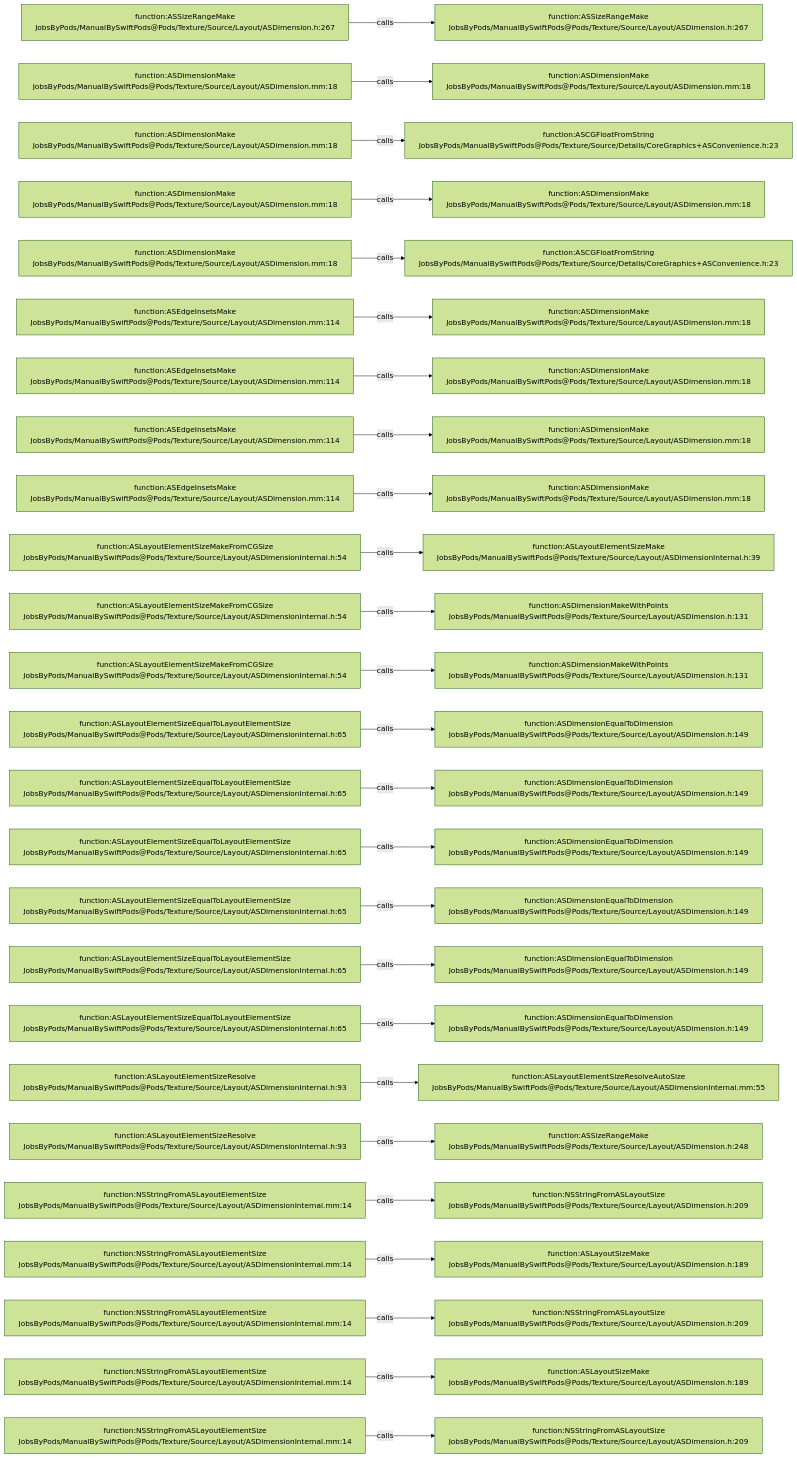
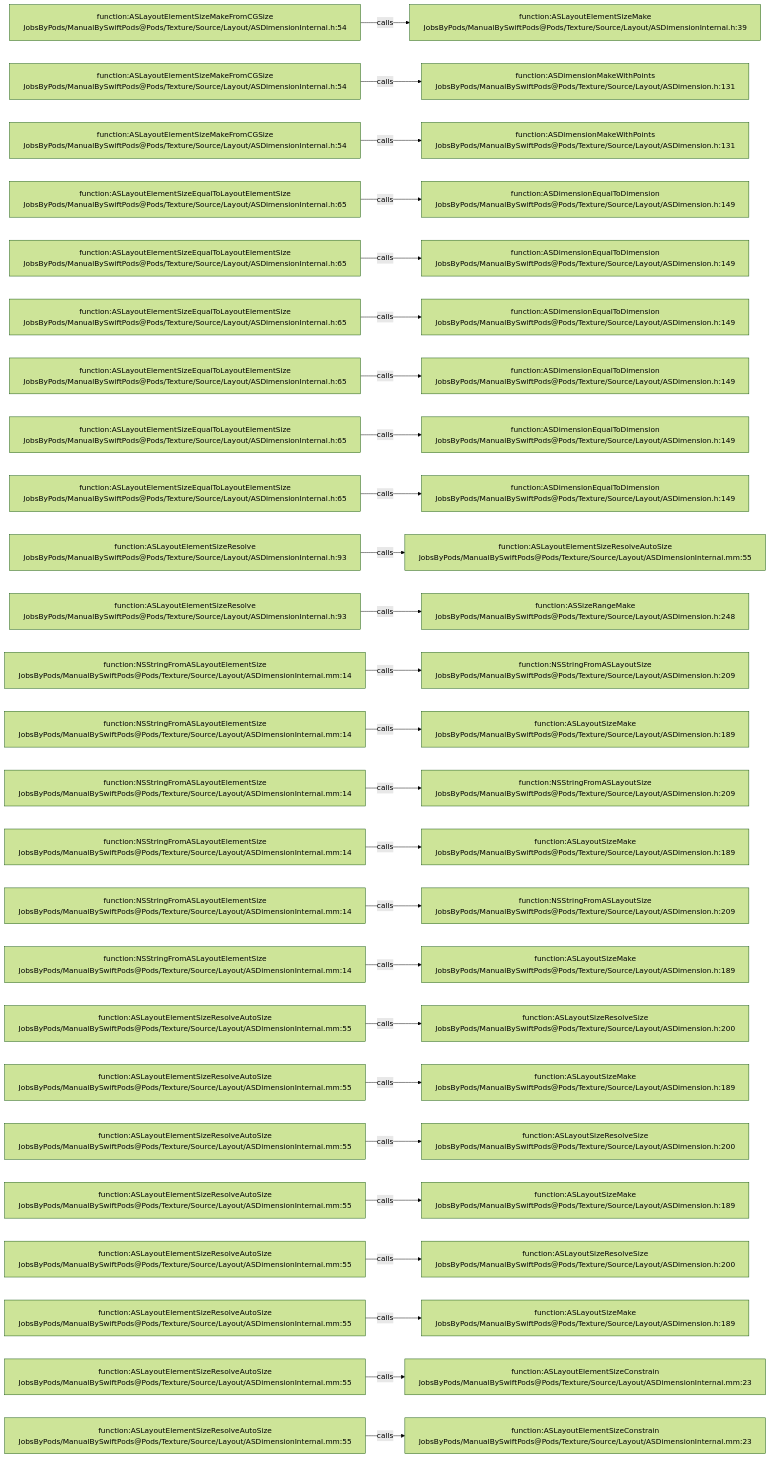
One commit to JobsKits/JobsSwiftBaseConfigDemo changed the diagram in .codegraph/codegraph.md/graphs/calls-107.md. Above: the diagram before and after it, drawn with Mermaid (forest theme). The commit also changed 707 other files, not shown here.

````diff
--- a/.codegraph/codegraph.md/graphs/calls-107.md
+++ b/.codegraph/codegraph.md/graphs/calls-107.md
@@ -13,78 +13,78 @@
 ```mermaid
 flowchart LR
-  S1["function:ASSizeRangeMake<br/>JobsByPods/ManualBySwiftPods@Pods/Texture/Source/Layout/ASDimension.h:267"]
-  T1["function:ASSizeRangeMake<br/>JobsByPods/ManualBySwiftPods@Pods/Texture/Source/Layout/ASDimension.h:267"]
+  S1["function:ASLayoutElementSizeMakeFromCGSize<br/>JobsByPods/ManualBySwiftPods@Pods/Texture/Source/Layout/ASDimensionInternal.h:54"]
+  T1["function:ASLayoutElementSizeMake<br/>JobsByPods/ManualBySwiftPods@Pods/Texture/Source/Layout/ASDimensionInternal.h:39"]
   S1 -->|calls| T1
-  S2["function:ASDimensionMake<br/>JobsByPods/ManualBySwiftPods@Pods/Texture/Source/Layout/ASDimension.mm:18"]
-  T2["function:ASDimensionMake<br/>JobsByPods/ManualBySwiftPods@Pods/Texture/Source/Layout/ASDimension.mm:18"]
+  S2["function:ASLayoutElementSizeMakeFromCGSize<br/>JobsByPods/ManualBySwiftPods@Pods/Texture/Source/Layout/ASDimensionInternal.h:54"]
+  T2["function:ASDimensionMakeWithPoints<br/>JobsByPods/ManualBySwiftPods@Pods/Texture/Source/Layout/ASDimension.h:131"]
   S2 -->|calls| T2
-  S3["function:ASDimensionMake<br/>JobsByPods/ManualBySwiftPods@Pods/Texture/Source/Layout/ASDimension.mm:18"]
-  T3["function:ASCGFloatFromString<br/>JobsByPods/ManualBySwiftPods@Pods/Texture/Source/Details/CoreGraphics+ASConvenience.h:23"]
+  S3["function:ASLayoutElementSizeMakeFromCGSize<br/>JobsByPods/ManualBySwiftPods@Pods/Texture/Source/Layout/ASDimensionInternal.h:54"]
+  T3["function:ASDimensionMakeWithPoints<br/>JobsByPods/ManualBySwiftPods@Pods/Texture/Source/Layout/ASDimension.h:131"]
   S3 -->|calls| T3
-  S4["function:ASDimensionMake<br/>JobsByPods/ManualBySwiftPods@Pods/Texture/Source/Layout/ASDimension.mm:18"]
-  T4["function:ASDimensionMake<br/>JobsByPods/ManualBySwiftPods@Pods/Texture/Source/Layout/ASDimension.mm:18"]
+  S4["function:ASLayoutElementSizeEqualToLayoutElementSize<br/>JobsByPods/ManualBySwiftPods@Pods/Texture/Source/Layout/ASDimensionInternal.h:65"]
+  T4["function:ASDimensionEqualToDimension<br/>JobsByPods/ManualBySwiftPods@Pods/Texture/Source/Layout/ASDimension.h:149"]
   S4 -->|calls| T4
-  S5["function:ASDimensionMake<br/>JobsByPods/ManualBySwiftPods@Pods/Texture/Source/Layout/ASDimension.mm:18"]
-  T5["function:ASCGFloatFromString<br/>JobsByPods/ManualBySwiftPods@Pods/Texture/Source/Details/CoreGraphics+ASConvenience.h:23"]
+  S5["function:ASLayoutElementSizeEqualToLayoutElementSize<br/>JobsByPods/ManualBySwiftPods@Pods/Texture/Source/Layout/ASDimensionInternal.h:65"]
+  T5["function:ASDimensionEqualToDimension<br/>JobsByPods/ManualBySwiftPods@Pods/Texture/Source/Layout/ASDimension.h:149"]
   S5 -->|calls| T5
-  S6["function:ASEdgeInsetsMake<br/>JobsByPods/ManualBySwiftPods@Pods/Texture/Source/Layout/ASDimension.mm:114"]
-  T6["function:ASDimensionMake<br/>JobsByPods/ManualBySwiftPods@Pods/Texture/Source/Layout/ASDimension.mm:18"]
+  S6["function:ASLayoutElementSizeEqualToLayoutElementSize<br/>JobsByPods/ManualBySwiftPods@Pods/Texture/Source/Layout/ASDimensionInternal.h:65"]
+  T6["function:ASDimensionEqualToDimension<br/>JobsByPods/ManualBySwiftPods@Pods/Texture/Source/Layout/ASDimension.h:149"]
   S6 -->|calls| T6
-  S7["function:ASEdgeInsetsMake<br/>JobsByPods/ManualBySwiftPods@Pods/Texture/Source/Layout/ASDimension.mm:114"]
-  T7["function:ASDimensionMake<br/>JobsByPods/ManualBySwiftPods@Pods/Texture/Source/Layout/ASDimension.mm:18"]
+  S7["function:ASLayoutElementSizeEqualToLayoutElementSize<br/>JobsByPods/ManualBySwiftPods@Pods/Texture/Source/Layout/ASDimensionInternal.h:65"]
+  T7["function:ASDimensionEqualToDimension<br/>JobsByPods/ManualBySwiftPods@Pods/Texture/Source/Layout/ASDimension.h:149"]
   S7 -->|calls| T7
-  S8["function:ASEdgeInsetsMake<br/>JobsByPods/ManualBySwiftPods@Pods/Texture/Source/Layout/ASDimension.mm:114"]
-  T8["function:ASDimensionMake<br/>JobsByPods/ManualBySwiftPods@Pods/Texture/Source/Layout/ASDimension.mm:18"]
+  S8["function:ASLayoutElementSizeEqualToLayoutElementSize<br/>JobsByPods/ManualBySwiftPods@Pods/Texture/Source/Layout/ASDimensionInternal.h:65"]
+  T8["function:ASDimensionEqualToDimension<br/>JobsByPods/ManualBySwiftPods@Pods/Texture/Source/Layout/ASDimension.h:149"]
   S8 -->|calls| T8
-  S9["function:ASEdgeInsetsMake<br/>JobsByPods/ManualBySwiftPods@Pods/Texture/Source/Layout/ASDimension.mm:114"]
-  T9["function:ASDimensionMake<br/>JobsByPods/ManualBySwiftPods@Pods/Texture/Source/Layout/ASDimension.mm:18"]
+  S9["function:ASLayoutElementSizeEqualToLayoutElementSize<br/>JobsByPods/ManualBySwiftPods@Pods/Texture/Source/Layout/ASDimensionInternal.h:65"]
+  T9["function:ASDimensionEqualToDimension<br/>JobsByPods/ManualBySwiftPods@Pods/Texture/Source/Layout/ASDimension.h:149"]
   S9 -->|calls| T9
-  S10["function:ASLayoutElementSizeMakeFromCGSize<br/>JobsByPods/ManualBySwiftPods@Pods/Texture/Source/Layout/ASDimensionInternal.h:54"]
-  T10["function:ASLayoutElementSizeMake<br/>JobsByPods/ManualBySwiftPods@Pods/Texture/Source/Layout/ASDimensionInternal.h:39"]
+  S10["function:ASLayoutElementSizeResolve<br/>JobsByPods/ManualBySwiftPods@Pods/Texture/Source/Layout/ASDimensionInternal.h:93"]
+  T10["function:ASLayoutElementSizeResolveAutoSize<br/>JobsByPods/ManualBySwiftPods@Pods/Texture/Source/Layout/ASDimensionInternal.mm:55"]
   S10 -->|calls| T10
-  S11["function:ASLayoutElementSizeMakeFromCGSize<br/>JobsByPods/ManualBySwiftPods@Pods/Texture/Source/Layout/ASDimensionInternal.h:54"]
-  T11["function:ASDimensionMakeWithPoints<br/>JobsByPods/ManualBySwiftPods@Pods/Texture/Source/Layout/ASDimension.h:131"]
+  S11["function:ASLayoutElementSizeResolve<br/>JobsByPods/ManualBySwiftPods@Pods/Texture/Source/Layout/ASDimensionInternal.h:93"]
+  T11["function:ASSizeRangeMake<br/>JobsByPods/ManualBySwiftPods@Pods/Texture/Source/Layout/ASDimension.h:248"]
   S11 -->|calls| T11
-  S12["function:ASLayoutElementSizeMakeFromCGSize<br/>JobsByPods/ManualBySwiftPods@Pods/Texture/Source/Layout/ASDimensionInternal.h:54"]
-  T12["function:ASDimensionMakeWithPoints<br/>JobsByPods/ManualBySwiftPods@Pods/Texture/Source/Layout/ASDimension.h:131"]
+  S12["function:NSStringFromASLayoutElementSize<br/>JobsByPods/ManualBySwiftPods@Pods/Texture/Source/Layout/ASDimensionInternal.mm:14"]
+  T12["function:NSStringFromASLayoutSize<br/>JobsByPods/ManualBySwiftPods@Pods/Texture/Source/Layout/ASDimension.h:209"]
   S12 -->|calls| T12
-  S13["function:ASLayoutElementSizeEqualToLayoutElementSize<br/>JobsByPods/ManualBySwiftPods@Pods/Texture/Source/Layout/ASDimensionInternal.h:65"]
-  T13["function:ASDimensionEqualToDimension<br/>JobsByPods/ManualBySwiftPods@Pods/Texture/Source/Layout/ASDimension.h:149"]
+  S13["function:NSStringFromASLayoutElementSize<br/>JobsByPods/ManualBySwiftPods@Pods/Texture/Source/Layout/ASDimensionInternal.mm:14"]
+  T13["function:ASLayoutSizeMake<br/>JobsByPods/ManualBySwiftPods@Pods/Texture/Source/Layout/ASDimension.h:189"]
   S13 -->|calls| T13
-  S14["function:ASLayoutElementSizeEqualToLayoutElementSize<br/>JobsByPods/ManualBySwiftPods@Pods/Texture/Source/Layout/ASDimensionInternal.h:65"]
-  T14["function:ASDimensionEqualToDimension<br/>JobsByPods/ManualBySwiftPods@Pods/Texture/Source/Layout/ASDimension.h:149"]
+  S14["function:NSStringFromASLayoutElementSize<br/>JobsByPods/ManualBySwiftPods@Pods/Texture/Source/Layout/ASDimensionInternal.mm:14"]
+  T14["function:NSStringFromASLayoutSize<br/>JobsByPods/ManualBySwiftPods@Pods/Texture/Source/Layout/ASDimension.h:209"]
   S14 -->|calls| T14
-  S15["function:ASLayoutElementSizeEqualToLayoutElementSize<br/>JobsByPods/ManualBySwiftPods@Pods/Texture/Source/Layout/ASDimensionInternal.h:65"]
-  T15["function:ASDimensionEqualToDimension<br/>JobsByPods/ManualBySwiftPods@Pods/Texture/Source/Layout/ASDimension.h:149"]
+  S15["function:NSStringFromASLayoutElementSize<br/>JobsByPods/ManualBySwiftPods@Pods/Texture/Source/Layout/ASDimensionInternal.mm:14"]
+  T15["function:ASLayoutSizeMake<br/>JobsByPods/ManualBySwiftPods@Pods/Texture/Source/Layout/ASDimension.h:189"]
   S15 -->|calls| T15
-  S16["function:ASLayoutElementSizeEqualToLayoutElementSize<br/>JobsByPods/ManualBySwiftPods@Pods/Texture/Source/Layout/ASDimensionInternal.h:65"]
-  T16["function:ASDimensionEqualToDimension<br/>JobsByPods/ManualBySwiftPods@Pods/Texture/Source/Layout/ASDimension.h:149"]
+  S16["function:NSStringFromASLayoutElementSize<br/>JobsByPods/ManualBySwiftPods@Pods/Texture/Source/Layout/ASDimensionInternal.mm:14"]
+  T16["function:NSStringFromASLayoutSize<br/>JobsByPods/ManualBySwiftPods@Pods/Texture/Source/Layout/ASDimension.h:209"]
   S16 -->|calls| T16
-  S17["function:ASLayoutElementSizeEqualToLayoutElementSize<br/>JobsByPods/ManualBySwiftPods@Pods/Texture/Source/Layout/ASDimensionInternal.h:65"]
-  T17["function:ASDimensionEqualToDimension<br/>JobsByPods/ManualBySwiftPods@Pods/Texture/Source/Layout/ASDimension.h:149"]
+  S17["function:NSStringFromASLayoutElementSize<br/>JobsByPods/ManualBySwiftPods@Pods/Texture/Source/Layout/ASDimensionInternal.mm:14"]
+  T17["function:ASLayoutSizeMake<br/>JobsByPods/ManualBySwiftPods@Pods/Texture/Source/Layout/ASDimension.h:189"]
   S17 -->|calls| T17
-  S18["function:ASLayoutElementSizeEqualToLayoutElementSize<br/>JobsByPods/ManualBySwiftPods@Pods/Texture/Source/Layout/ASDimensionInternal.h:65"]
-  T18["function:ASDimensionEqualToDimension<br/>JobsByPods/ManualBySwiftPods@Pods/Texture/Source/Layout/ASDimension.h:149"]
+  S18["function:ASLayoutElementSizeResolveAutoSize<br/>JobsByPods/ManualBySwiftPods@Pods/Texture/Source/Layout/ASDimensionInternal.mm:55"]
+  T18["function:ASLayoutSizeResolveSize<br/>JobsByPods/ManualBySwiftPods@Pods/Texture/Source/Layout/ASDimension.h:200"]
   S18 -->|calls| T18
-  S19["function:ASLayoutElementSizeResolve<br/>JobsByPods/ManualBySwiftPods@Pods/Texture/Source/Layout/ASDimensionInternal.h:93"]
-  T19["function:ASLayoutElementSizeResolveAutoSize<br/>JobsByPods/ManualBySwiftPods@Pods/Texture/Source/Layout/ASDimensionInternal.mm:55"]
+  S19["function:ASLayoutElementSizeResolveAutoSize<br/>JobsByPods/ManualBySwiftPods@Pods/Texture/Source/Layout/ASDimensionInternal.mm:55"]
+  T19["function:ASLayoutSizeMake<br/>JobsByPods/ManualBySwiftPods@Pods/Texture/Source/Layout/ASDimension.h:189"]
   S19 -->|calls| T19
-  S20["function:ASLayoutElementSizeResolve<br/>JobsByPods/ManualBySwiftPods@Pods/Texture/Source/Layout/ASDimensionInternal.h:93"]
-  T20["function:ASSizeRangeMake<br/>JobsByPods/ManualBySwiftPods@Pods/Texture/Source/Layout/ASDimension.h:248"]
+  S20["function:ASLayoutElementSizeResolveAutoSize<br/>JobsByPods/ManualBySwiftPods@Pods/Texture/Source/Layout/ASDimensionInternal.mm:55"]
+  T20["function:ASLayoutSizeResolveSize<br/>JobsByPods/ManualBySwiftPods@Pods/Texture/Source/Layout/ASDimension.h:200"]
   S20 -->|calls| T20
-  S21["function:NSStringFromASLayoutElementSize<br/>JobsByPods/ManualBySwiftPods@Pods/Texture/Source/Layout/ASDimensionInternal.mm:14"]
-  T21["function:NSStringFromASLayoutSize<br/>JobsByPods/ManualBySwiftPods@Pods/Texture/Source/Layout/ASDimension.h:209"]
+  S21["function:ASLayoutElementSizeResolveAutoSize<br/>JobsByPods/ManualBySwiftPods@Pods/Texture/Source/Layout/ASDimensionInternal.mm:55"]
+  T21["function:ASLayoutSizeMake<br/>JobsByPods/ManualBySwiftPods@Pods/Texture/Source/Layout/ASDimension.h:189"]
   S21 -->|calls| T21
-  S22["function:NSStringFromASLayoutElementSize<br/>JobsByPods/ManualBySwiftPods@Pods/Texture/Source/Layout/ASDimensionInternal.mm:14"]
-  T22["function:ASLayoutSizeMake<br/>JobsByPods/ManualBySwiftPods@Pods/Texture/Source/Layout/ASDimension.h:189"]
+  S22["function:ASLayoutElementSizeResolveAutoSize<br/>JobsByPods/ManualBySwiftPods@Pods/Texture/Source/Layout/ASDimensionInternal.mm:55"]
+  T22["function:ASLayoutSizeResolveSize<br/>JobsByPods/ManualBySwiftPods@Pods/Texture/Source/Layout/ASDimension.h:200"]
   S22 -->|calls| T22
-  S23["function:NSStringFromASLayoutElementSize<br/>JobsByPods/ManualBySwiftPods@Pods/Texture/Source/Layout/ASDimensionInternal.mm:14"]
-  T23["function:NSStringFromASLayoutSize<br/>JobsByPods/ManualBySwiftPods@Pods/Texture/Source/Layout/ASDimension.h:209"]
+  S23["function:ASLayoutElementSizeResolveAutoSize<br/>JobsByPods/ManualBySwiftPods@Pods/Texture/Source/Layout/ASDimensionInternal.mm:55"]
+  T23["function:ASLayoutSizeMake<br/>JobsByPods/ManualBySwiftPods@Pods/Texture/Source/Layout/ASDimension.h:189"]
   S23 -->|calls| T23
-  S24["function:NSStringFromASLayoutElementSize<br/>JobsByPods/ManualBySwiftPods@Pods/Texture/Source/Layout/ASDimensionInternal.mm:14"]
-  T24["function:ASLayoutSizeMake<br/>JobsByPods/ManualBySwiftPods@Pods/Texture/Source/Layout/ASDimension.h:189"]
+  S24["function:ASLayoutElementSizeResolveAutoSize<br/>JobsByPods/ManualBySwiftPods@Pods/Texture/Source/Layout/ASDimensionInternal.mm:55"]
+  T24["function:ASLayoutElementSizeConstrain<br/>JobsByPods/ManualBySwiftPods@Pods/Texture/Source/Layout/ASDimensionInternal.mm:23"]
   S24 -->|calls| T24
-  S25["function:NSStringFromASLayoutElementSize<br/>JobsByPods/ManualBySwiftPods@Pods/Texture/Source/Layout/ASDimensionInternal.mm:14"]
-  T25["function:NSStringFromASLayoutSize<br/>JobsByPods/ManualBySwiftPods@Pods/Texture/Source/Layout/ASDimension.h:209"]
+  S25["function:ASLayoutElementSizeResolveAutoSize<br/>JobsByPods/ManualBySwiftPods@Pods/Texture/Source/Layout/ASDimensionInternal.mm:55"]
+  T25["function:ASLayoutElementSizeConstrain<br/>JobsByPods/ManualBySwiftPods@Pods/Texture/Source/Layout/ASDimensionInternal.mm:23"]
   S25 -->|calls| T25
 ```
````
